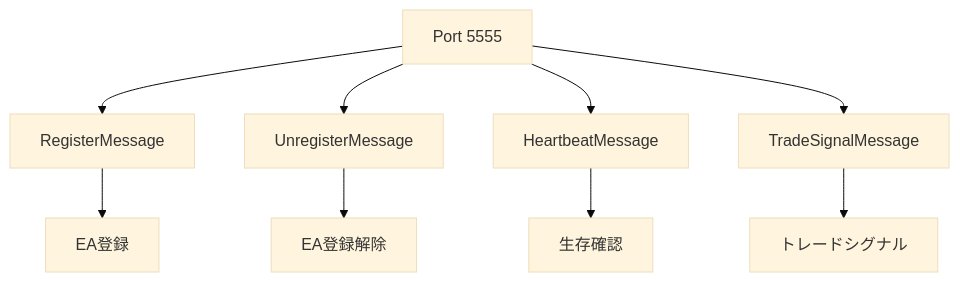
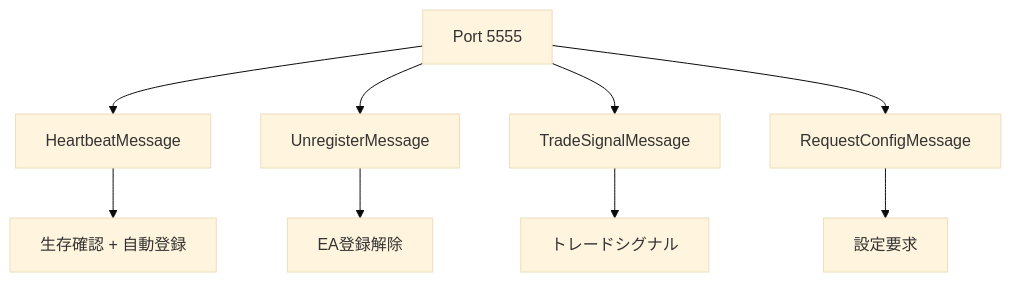
Before and after one commit to poruru210/sankey-copier: the second of 5 diagrams in docs/api-specification.md, drawn with Mermaid (base theme). The commit also changed other lines of this file and 2 other files, not shown here.

First line of the commit message:
docs: Update documentation for Heartbeat-based auto-registration

````diff
--- a/docs/api-specification.md
+++ b/docs/api-specification.md
@@ -509,12 +509,12 @@
 ```mermaid
 graph TD
-    A[Port 5555] --> B[RegisterMessage]
+    A[Port 5555] --> B[HeartbeatMessage]
     A --> C[UnregisterMessage]
-    A --> D[HeartbeatMessage]
-    A --> E[TradeSignalMessage]
+    A --> D[TradeSignalMessage]
+    A --> E[RequestConfigMessage]
 
-    B --> F[EA登録]
+    B --> F[生存確認 + 自動登録]
     C --> G[EA登録解除]
-    D --> H[生存確認]
-    E --> I[トレードシグナル]
+    D --> H[トレードシグナル]
+    E --> I[設定要求]
 ```
````
